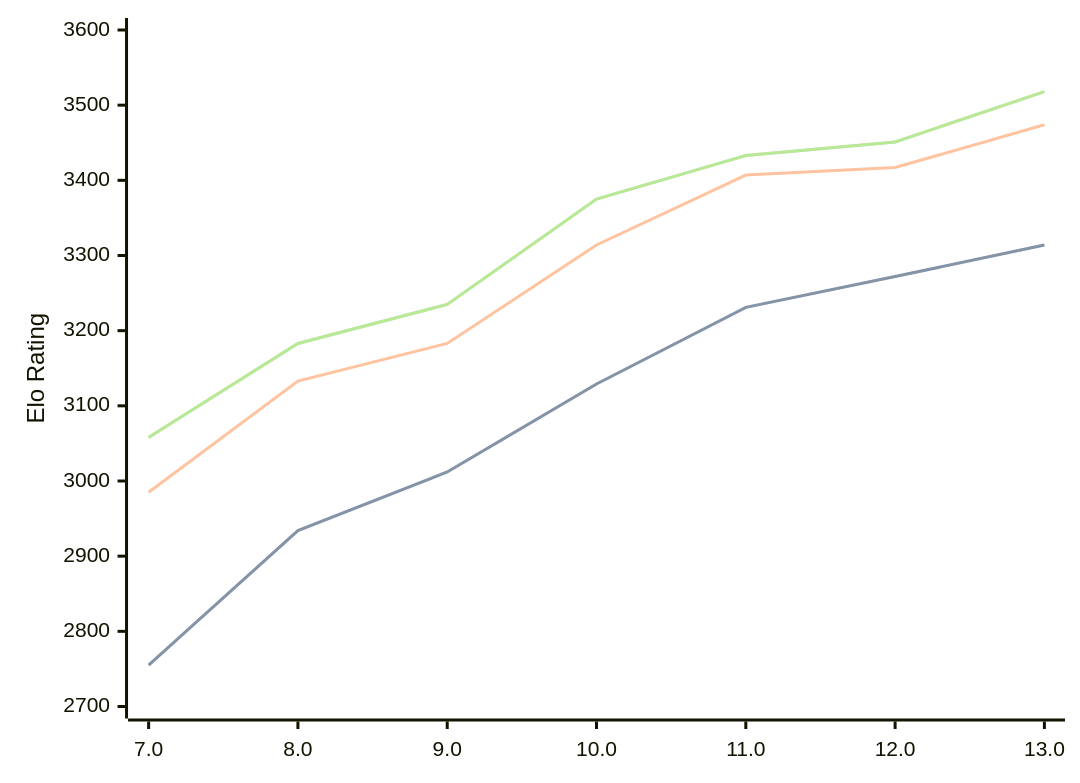
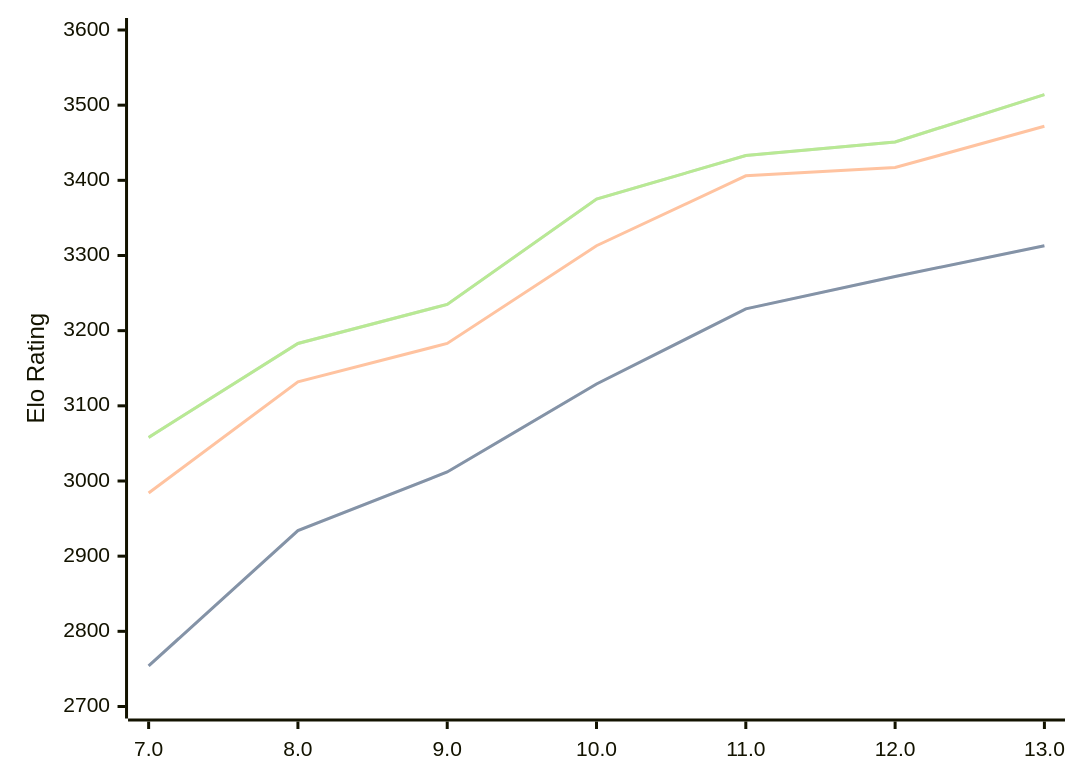
One commit to computer-chess-index/cci changed the diagram in engines/Tcheran.md. Above: the diagram before and after it, drawn with Mermaid. The commit also changed other lines of this file, not shown here.

Commit message:
Update CCI Ratings (ELO VLTC) - 2026-08-03

````diff
--- a/engines/Tcheran.md
+++ b/engines/Tcheran.md
@@ -51,11 +51,11 @@
 ```mermaid
 %%{init: {"theme":"base","themeVariables":{"seriesColors:['#a3a3a3','#222221','#faa371']}}}%%
 xychart-beta
   x-axis ["7.0", "8.0", "9.0", "10.0", "11.0", "12.0", "13.0"]
   y-axis "Elo Rating" 2700 --> 3600
-  line "STC (8.0+0.08s)" [2755, 2934, 3012, 3129, 3231, 3272, 3314]
-  line "STC (8.0+0.08s)" [2755, 2934, 3012, 3129, 3231, 3272, 3314]
-  line "LTC (60.0+0.60s)" [2985, 3133, 3183, 3314, 3407, 3417, 3474]
-  line "VLTC (2m24s+1.12s)" [3058, 3183, 3235, 3375, 3433, 3451, 3518]
-  line "VLTC (2m24s+1.12s)" [3058, 3183, 3235, 3375, 3433, 3451, 3518]
+  line "STC (8.0+0.08s)" [2754, 2934, 3012, 3129, 3229, 3272, 3313]
+  line "STC (8.0+0.08s)" [2754, 2934, 3012, 3129, 3229, 3272, 3313]
+  line "LTC (60.0+0.60s)" [2984, 3132, 3183, 3313, 3406, 3417, 3472]
+  line "VLTC (2m24s+1.12s)" [3058, 3183, 3235, 3375, 3433, 3451, 3514]
+  line "VLTC (2m24s+1.12s)" [3058, 3183, 3235, 3375, 3433, 3451, 3514]
 ```
````
